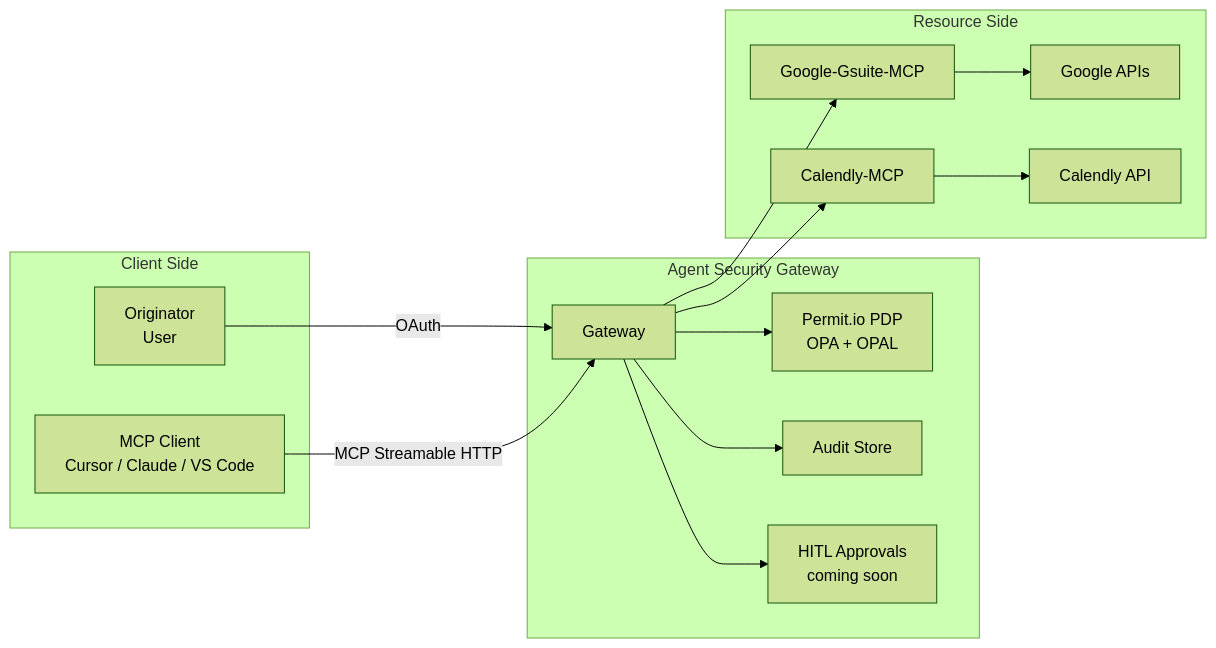
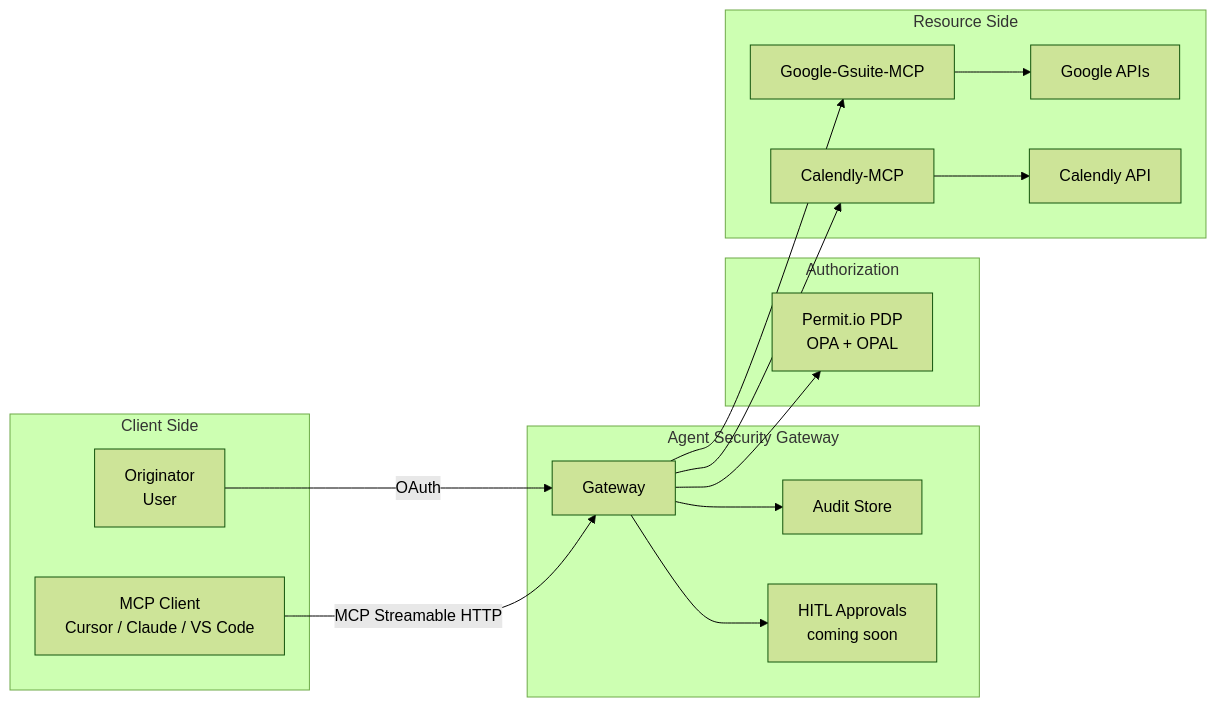
The first of 4 diagrams in docs/ai-security/mcp-permissions/architecture.mdx (permitio/docs), drawn with Mermaid (forest theme) before and after one commit. The commit also changed other lines of this file and 5 other files, not shown here.

````diff
--- a/docs/ai-security/mcp-permissions/architecture.mdx
+++ b/docs/ai-security/mcp-permissions/architecture.mdx
@@ -23,31 +23,34 @@
 ```mermaid
 graph LR
     subgraph Client Side
         UA[Originator<br/>User]
         AGT[MCP Client<br/>Cursor / Claude / VS Code]
     end
 
     subgraph Agent Security Gateway
         GW[Gateway]
-        PDP[Permit.io PDP<br/>OPA + OPAL]
         LOGS[Audit Store]
         HIL[HITL Approvals<br/>coming soon]
+    end
+
+    subgraph Authorization
+        PDP[Permit.io PDP<br/>OPA + OPAL]
     end
 
     subgraph Resource Side
         MCP1[Google-Gsuite-MCP]
         MCP2[Calendly-MCP]
         SVC1[Google APIs]
         SVC2[Calendly API]
     end
 
     UA -->|OAuth| GW
     AGT -->|MCP Streamable HTTP| GW
     GW --> PDP
     GW --> LOGS
     GW --> HIL
     GW --> MCP1
     GW --> MCP2
     MCP1 --> SVC1
     MCP2 --> SVC2
 ```
````
